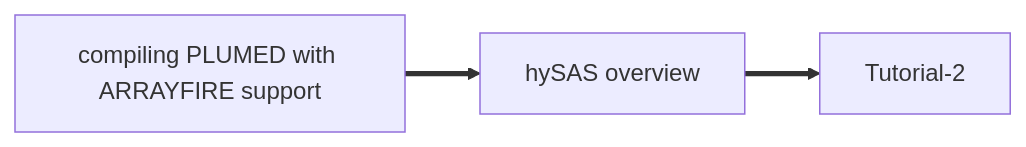
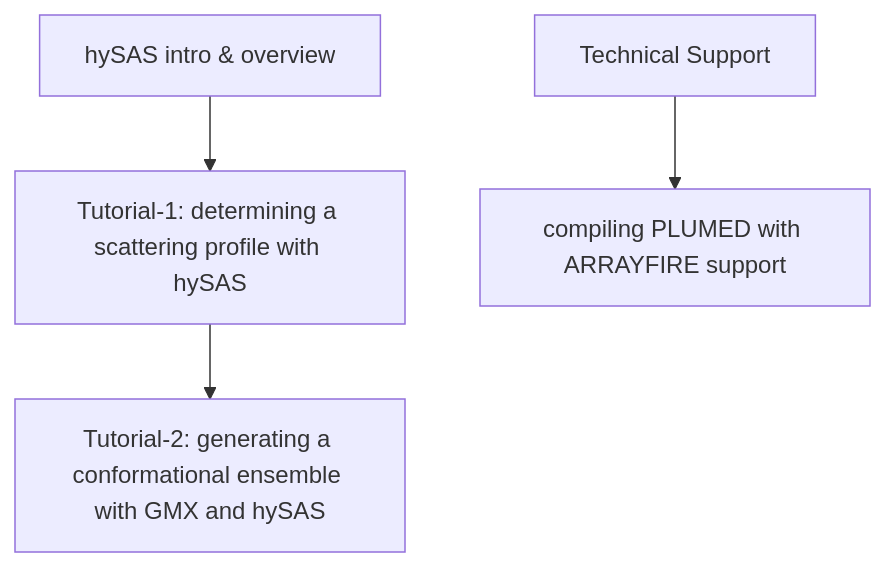
One commit to compsb-unimi/sas-tutorial changed the diagram in NAVIGATION.md. Above: the diagram before and after it, drawn with Mermaid. The commit also changed 4 other files, not shown here.

````diff
--- a/NAVIGATION.md
+++ b/NAVIGATION.md
@@ -3,5 +1,15 @@
 ```mermaid
-flowchart LR
-A[compiling PLUMED with ARRAYFIRE support] ==> B[hySAS overview] ==> C[Tutorial-2]
-click A "01.md" "compiling PLUMED with ARRAYFIRE support"
+flowchart TB
+  A[hySAS intro & overview]
+  A --> B[Tutorial-1: determining a scattering profile with hySAS]
+  B --> C[Tutorial-2: generating a conformational ensemble with GMX and hySAS]
+
+  D[Technical Support]
+  D --> E[compiling PLUMED with ARRAYFIRE support]
+  
+  click B "01.md" "compiling PLUMED with ARRAYFIRE support"
+  click C "02.md" "compiling PLUMED with ARRAYFIRE support"
+  click E "arrayfire.md" "compiling PLUMED with ARRAYFIRE support"
+
+
 ```
````
